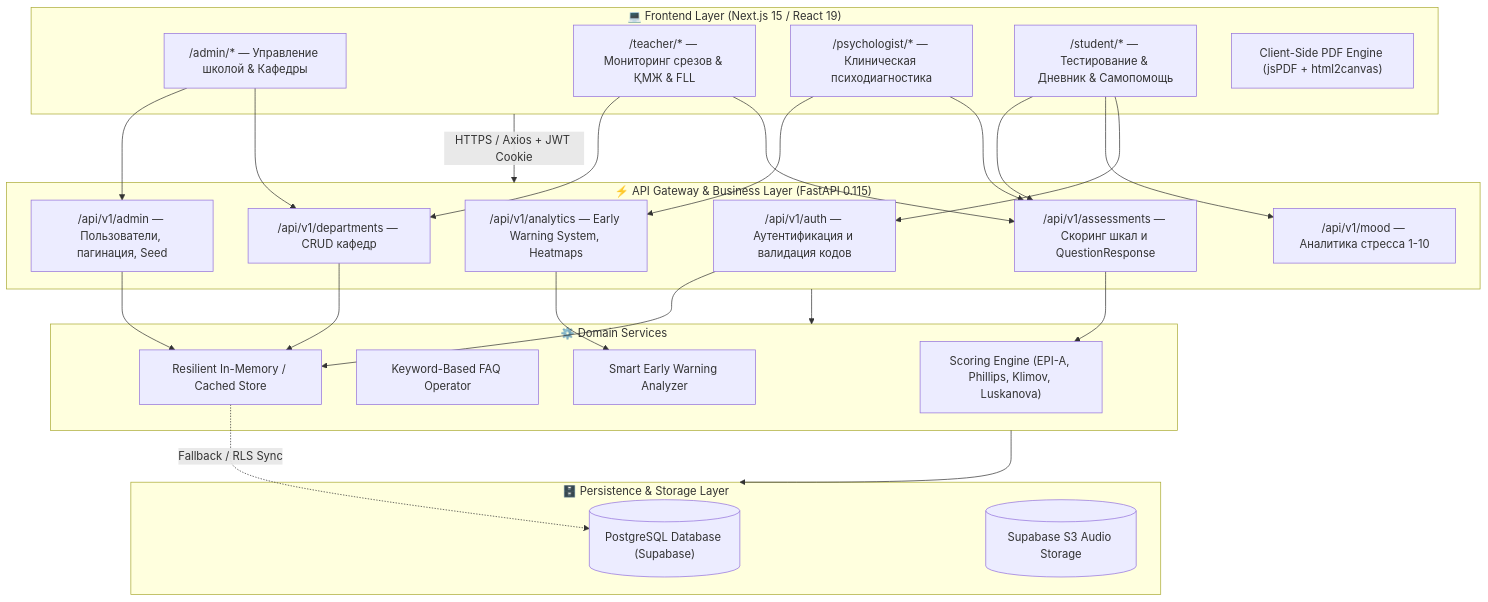
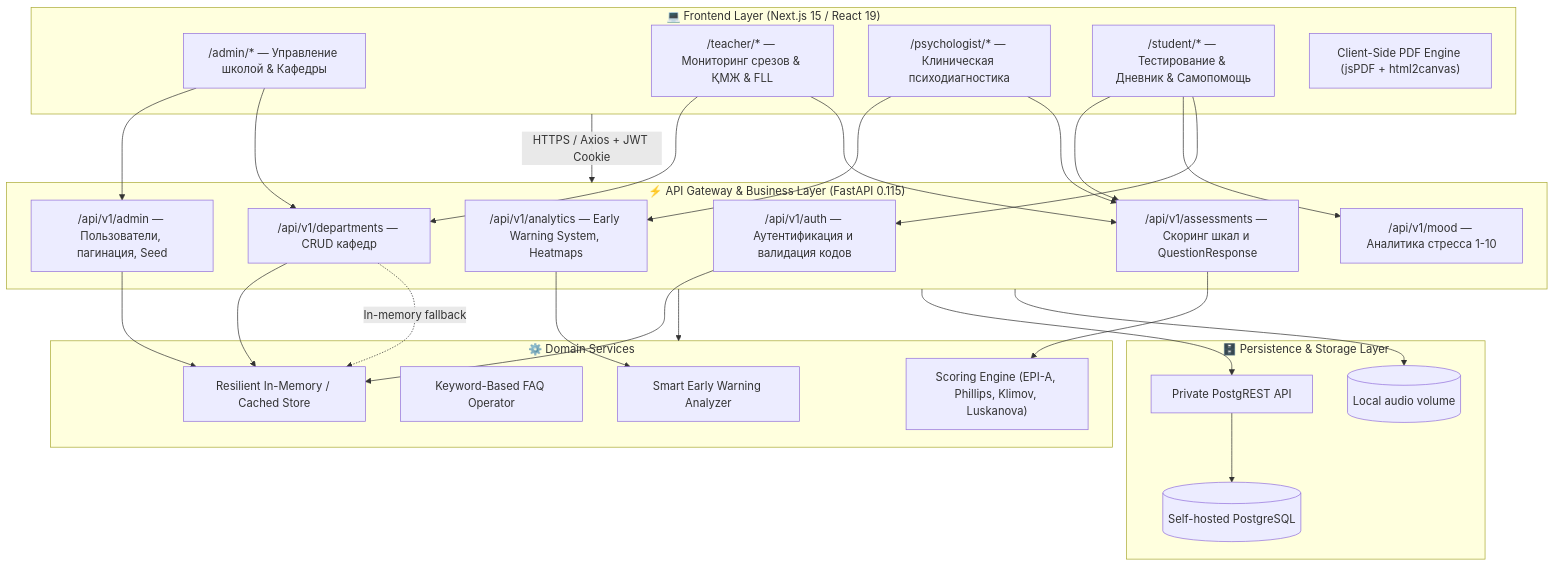
The first of 6 diagrams in docs/PROJECT_ARCHITECTURE.md (kl1lng/Psychology), drawn with Mermaid before and after one commit. The commit also changed other lines of this file and 118 other files, not shown here.

Commit message:
Prepare AISezim 2.0 self-hosted deployment

````diff
--- a/docs/PROJECT_ARCHITECTURE.md
+++ b/docs/PROJECT_ARCHITECTURE.md
@@ -17,45 +17,47 @@
 ```mermaid
 flowchart TB
     subgraph ClientLayer [" 💻 Frontend Layer (Next.js 15 / React 19) "]
         UI_Admin["/admin/* — Управление школой & Кафедры"]
         UI_Teacher["/teacher/* — Мониторинг срезов & ҚМЖ & FLL"]
         UI_Psychologist["/psychologist/* — Клиническая психодиагностика"]
         UI_Student["/student/* — Тестирование & Дневник & Самопомощь"]
         PDF_Engine["Client-Side PDF Engine (jsPDF + html2canvas)"]
     end
 
     subgraph APILayer [" ⚡ API Gateway & Business Layer (FastAPI 0.115) "]
         Router_Auth["/api/v1/auth — Аутентификация и валидация кодов"]
         Router_Admin["/api/v1/admin — Пользователи, пагинация, Seed"]
         Router_Dept["/api/v1/departments — CRUD кафедр"]
         Router_Assess["/api/v1/assessments — Скоринг шкал и QuestionResponse"]
         Router_Analytics["/api/v1/analytics — Early Warning System, Heatmaps"]
         Router_Mood["/api/v1/mood — Аналитика стресса 1-10"]
     end
 
     subgraph ServiceLayer [" ⚙️ Domain Services "]
         Scoring_Engine["Scoring Engine (EPI-A, Phillips, Klimov, Luskanova)"]
         Bot_Operator["Keyword-Based FAQ Operator"]
         Early_Warning["Smart Early Warning Analyzer"]
         Dept_Store["Resilient In-Memory / Cached Store"]
     end
 
     subgraph PersistenceLayer [" 🗄️ Persistence & Storage Layer "]
-        Supabase_PG[("PostgreSQL Database (Supabase)")]
-        Storage_Bucket[("Supabase S3 Audio Storage")]
+        PostgreSQL[("Self-hosted PostgreSQL")]
+        PostgREST["Private PostgREST API"]
+        Storage_Bucket[("Local audio volume")]
     end
 
     ClientLayer -->|HTTPS / Axios + JWT Cookie| APILayer
     UI_Admin --> Router_Admin & Router_Dept
     UI_Teacher --> Router_Dept & Router_Assess
     UI_Psychologist --> Router_Analytics & Router_Assess
     UI_Student --> Router_Assess & Router_Mood & Router_Auth
 
     APILayer --> ServiceLayer
     Router_Assess --> Scoring_Engine
     Router_Analytics --> Early_Warning
     Router_Dept & Router_Auth & Router_Admin --> Dept_Store
 
-    ServiceLayer --> PersistenceLayer
-    Dept_Store -.->|Fallback / RLS Sync| Supabase_PG
+    APILayer --> PostgREST --> PostgreSQL
+    Router_Dept -.->|In-memory fallback| Dept_Store
+    APILayer --> Storage_Bucket
 ```
````
